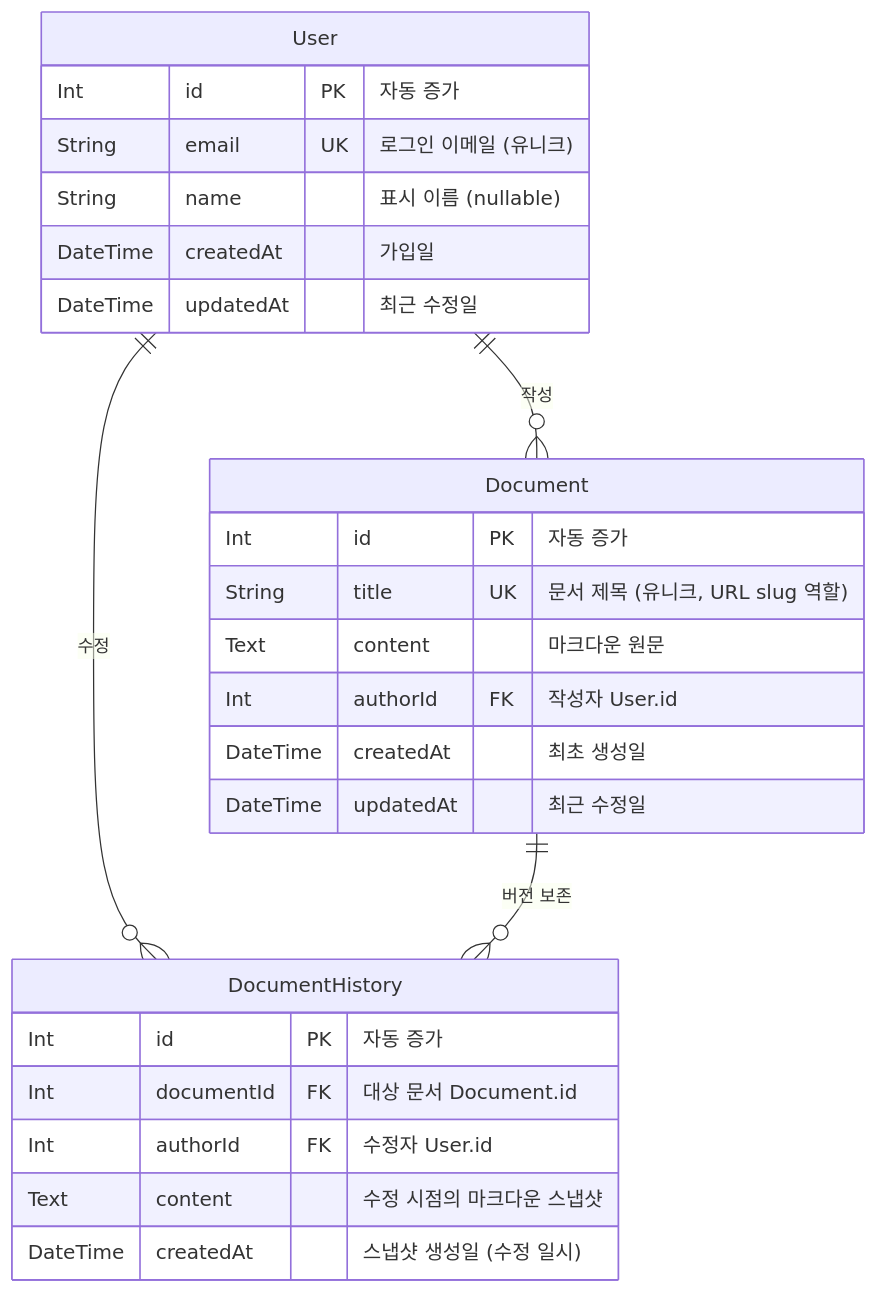
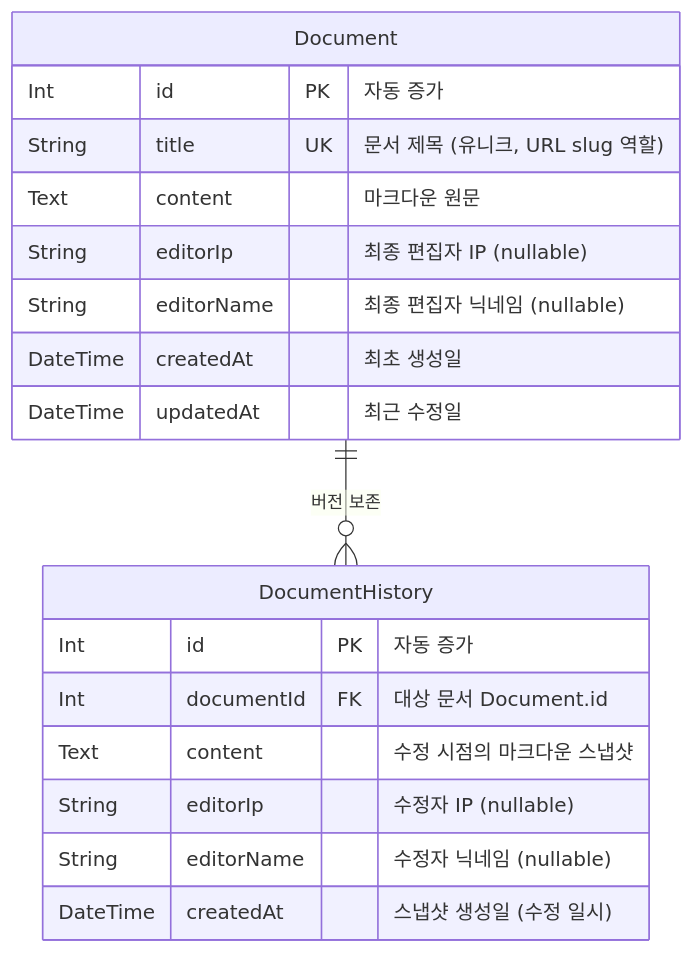
One commit to U-Geon/YesoWiki changed the first of 2 diagrams in docs/ERD.md. Above: the diagram before and after it, drawn with Mermaid. The commit also changed other lines of this file and 5 other files, not shown here.

````diff
--- a/docs/ERD.md
+++ b/docs/ERD.md
@@ -9,31 +9,23 @@
 ```mermaid
 erDiagram
-    User {
-        Int     id          PK  "자동 증가"
-        String  email       UK  "로그인 이메일 (유니크)"
-        String  name            "표시 이름 (nullable)"
-        DateTime createdAt      "가입일"
-        DateTime updatedAt      "최근 수정일"
-    }
-
     Document {
-        Int     id          PK  "자동 증가"
-        String  title       UK  "문서 제목 (유니크, URL slug 역할)"
-        Text    content         "마크다운 원문"
-        Int     authorId    FK  "작성자 User.id"
-        DateTime createdAt      "최초 생성일"
-        DateTime updatedAt      "최근 수정일"
+        Int      id          PK  "자동 증가"
+        String   title       UK  "문서 제목 (유니크, URL slug 역할)"
+        Text     content         "마크다운 원문"
+        String   editorIp        "최종 편집자 IP (nullable)"
+        String   editorName      "최종 편집자 닉네임 (nullable)"
+        DateTime createdAt       "최초 생성일"
+        DateTime updatedAt       "최근 수정일"
     }
 
     DocumentHistory {
-        Int     id          PK  "자동 증가"
-        Int     documentId  FK  "대상 문서 Document.id"
-        Int     authorId    FK  "수정자 User.id"
-        Text    content         "수정 시점의 마크다운 스냅샷"
-        DateTime createdAt      "스냅샷 생성일 (수정 일시)"
+        Int      id          PK  "자동 증가"
+        Int      documentId  FK  "대상 문서 Document.id"
+        Text     content         "수정 시점의 마크다운 스냅샷"
+        String   editorIp        "수정자 IP (nullable)"
+        String   editorName      "수정자 닉네임 (nullable)"
+        DateTime createdAt       "스냅샷 생성일 (수정 일시)"
     }
 
-    User ||--o{ Document : "작성"
-    User ||--o{ DocumentHistory : "수정"
     Document ||--o{ DocumentHistory : "버전 보존"
 ```
````
